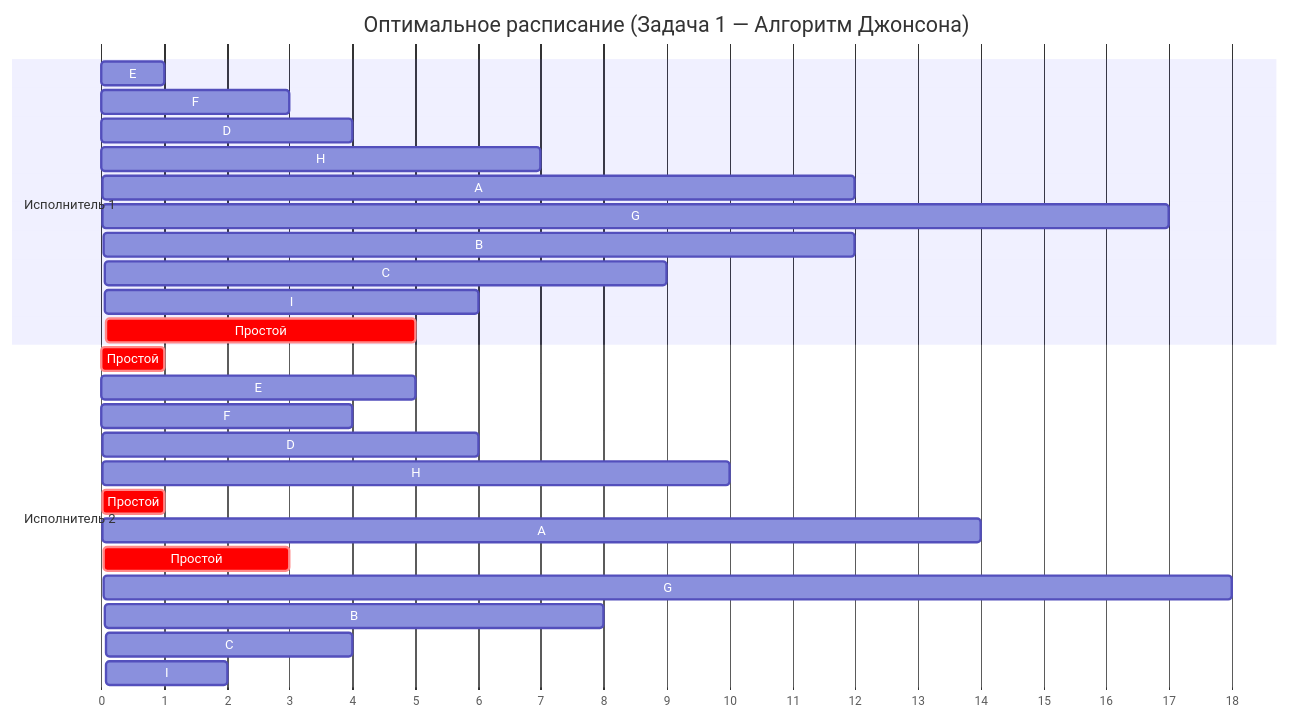
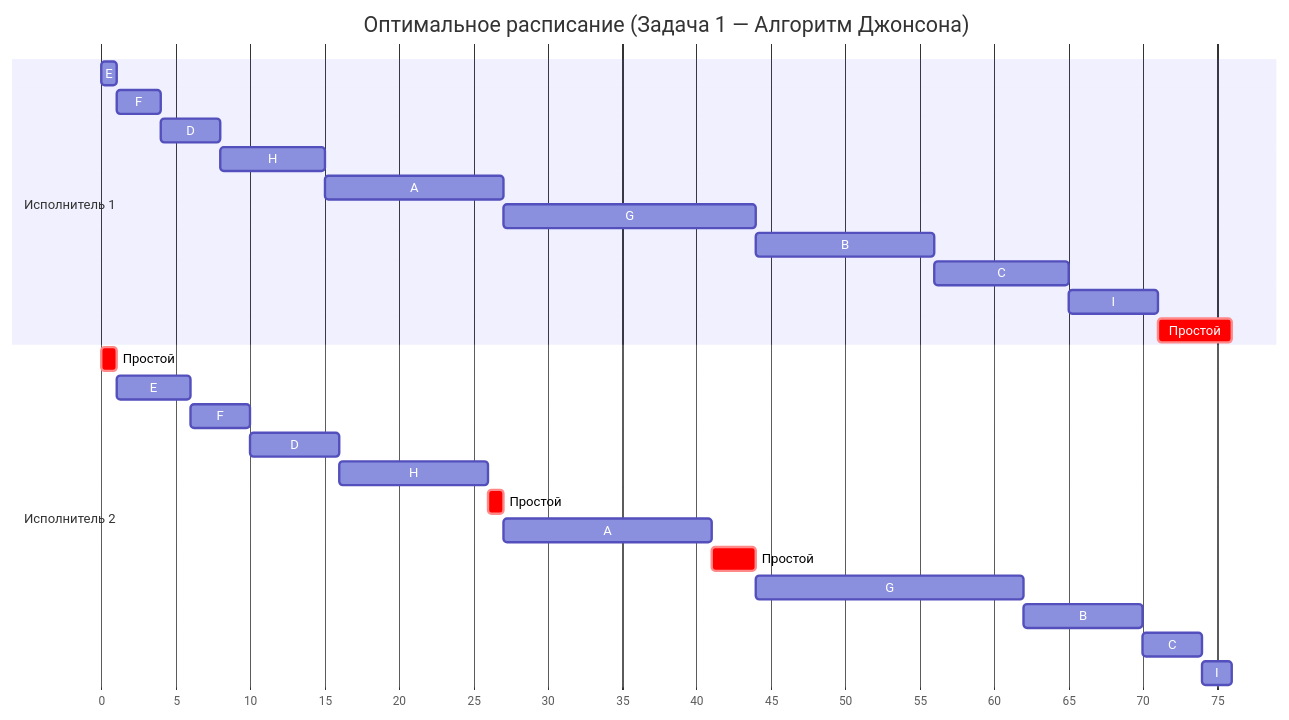
One commit to hse-algo-ps-25-2/manual-tasks changed the diagram in Задание 8/default.md. Above: the diagram before and after it, drawn with Mermaid.

````diff
--- a/Задание 8/default.md
+++ b/Задание 8/default.md
@@ -1,32 +1,32 @@
 ```mermaid
 gantt
     title Оптимальное расписание (Задача 1 — Алгоритм Джонсона)
     dateFormat X
     axisFormat %s
 
     section Исполнитель 1
-    E        :e1, 0, 1
-    F        :f1, 1, 3
-    D        :d1, 4, 4
-    H        :h1, 8, 7
-    A        :a1, 15, 12
-    G        :g1, 27, 17
-    B        :b1, 44, 12
-    C        :c1, 56, 9
-    I        :i1, 65, 6
-    Простой  :crit, p1, 71, 5
+    E        :e1, 0, 1s
+    F        :f1, after e1, 3s
+    D        :d1, after f1, 4s
+    H        :h1, after d1, 7s
+    A        :a1, after h1, 12s
+    G        :g1, after a1, 17s
+    B        :b1, after g1, 12s
+    C        :c1, after b1, 9s
+    I        :i1, after c1, 6s
+    Простой  :crit, p1, after i1, 5s
 
     section Исполнитель 2
-    Простой  :crit, p2_1, 0, 1
-    E        :e2, 1, 5
-    F        :f2, 6, 4
-    D        :d2, 10, 6
-    H        :h2, 16, 10
-    Простой  :crit, p2_2, 26, 1
-    A        :a2, 27, 14
-    Простой  :crit, p2_3, 41, 3
-    G        :g2, 44, 18
-    B        :b2, 62, 8
-    C        :c2, 70, 4
-    I        :i2, 74, 2
+    Простой  :crit, p2_1, 0, 1s
+    E        :e2, after p2_1, 5s
+    F        :f2, after e2, 4s
+    D        :d2, after f2, 6s
+    H        :h2, after d2, 10s
+    Простой  :crit, p2_2, after h2, 1s
+    A        :a2, after p2_2, 14s
+    Простой  :crit, p2_3, after a2, 3s
+    G        :g2, after p2_3, 18s
+    B        :b2, after g2, 8s
+    C        :c2, after b2, 4s
+    I        :i2, after c2, 2s
 ```
````
